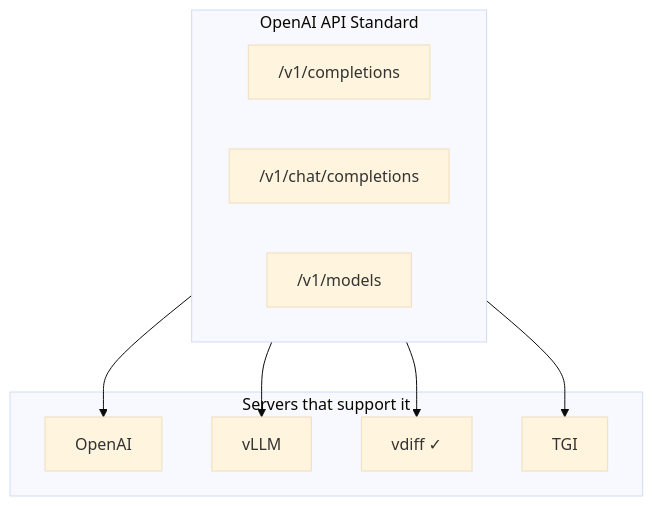
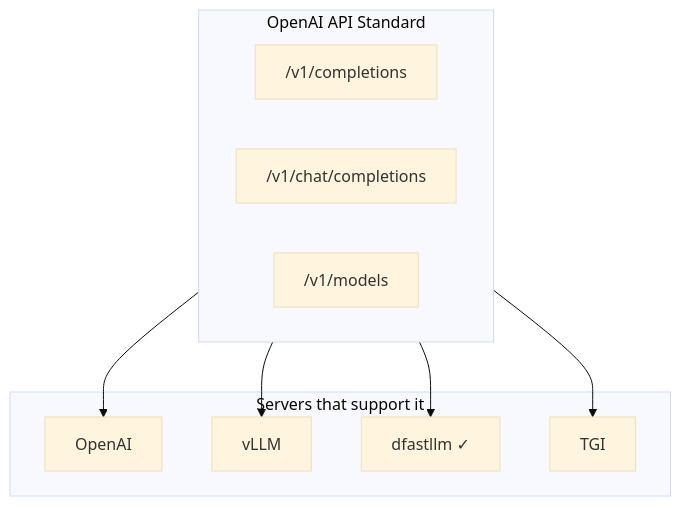
The ninth of 13 diagrams in docs/dev-doc/01-concepts.md (mwaykole/vdiff), drawn with Mermaid (base theme) before and after one commit. The commit also changed other lines of this file and 53 other files, not shown here.

First line of the commit message:
refactor: Rename all vdiff references to dfastllm

````diff
--- a/docs/dev-doc/01-concepts.md
+++ b/docs/dev-doc/01-concepts.md
@@ -227,20 +227,20 @@
 ```mermaid
 flowchart TB
     subgraph Standard["OpenAI API Standard"]
         E1["/v1/completions"]
         E2["/v1/chat/completions"]
         E3["/v1/models"]
     end
     
     subgraph Servers["Servers that support it"]
         S1["OpenAI"]
         S2["vLLM"]
-        S3["vdiff ✓"]
+        S3["dfastllm ✓"]
         S4["TGI"]
     end
     
     Standard --> S1
     Standard --> S2
     Standard --> S3
     Standard --> S4
 ```
````
